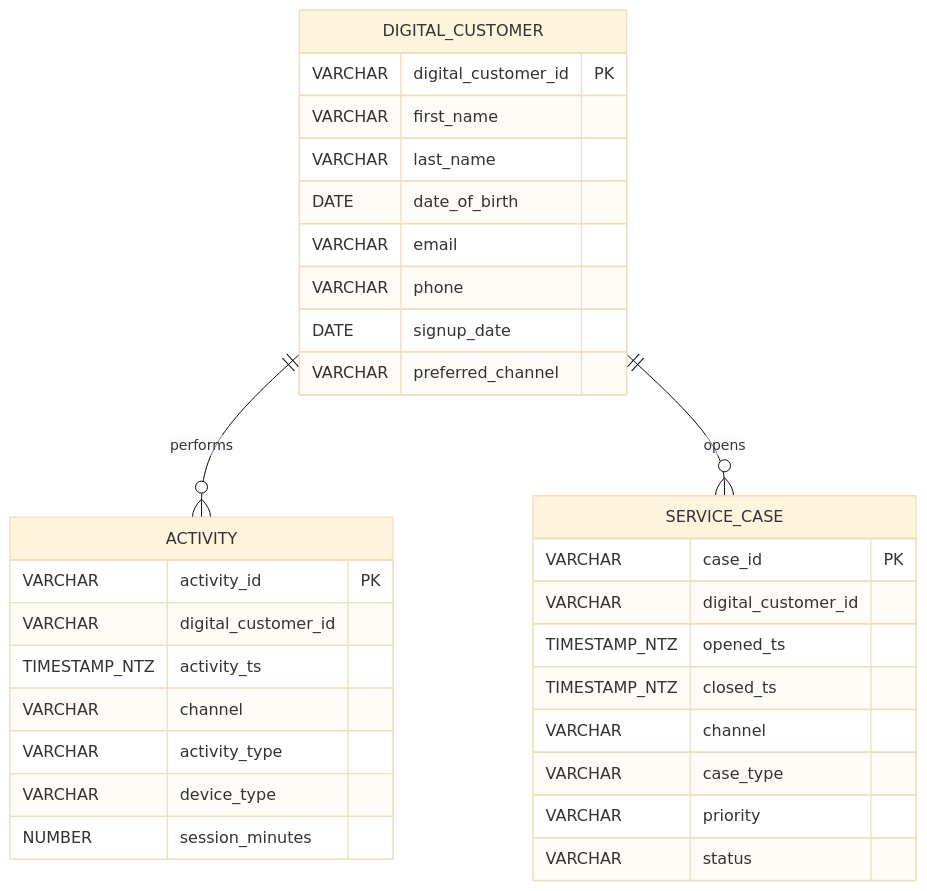
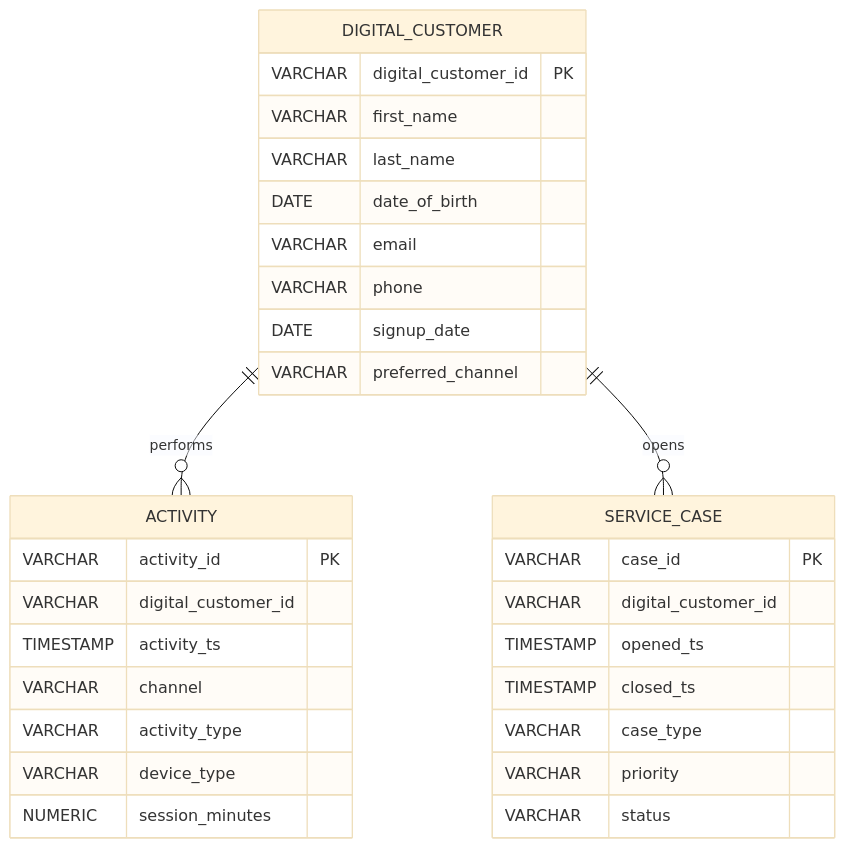
Before and after one commit to liangchenwang-1-alt/32113-a2-group5: the fourth of 4 diagrams in lab-env/advanced-database-lab/workspace/source_systems/source_er_diagram.md, drawn with Mermaid (base theme). The commit also changed other lines of this file and 11 other files, not shown here.

````diff
--- a/lab-env/advanced-database-lab/workspace/source_systems/source_er_diagram.md
+++ b/lab-env/advanced-database-lab/workspace/source_systems/source_er_diagram.md
@@ -87,34 +87,33 @@
 ```mermaid
 erDiagram
     DIGITAL_CUSTOMER {
         VARCHAR digital_customer_id PK
         VARCHAR first_name
         VARCHAR last_name
         DATE date_of_birth
         VARCHAR email
         VARCHAR phone
         DATE signup_date
         VARCHAR preferred_channel
     }
     ACTIVITY {
         VARCHAR activity_id PK
         VARCHAR digital_customer_id
-        TIMESTAMP_NTZ activity_ts
+        TIMESTAMP activity_ts
         VARCHAR channel
         VARCHAR activity_type
         VARCHAR device_type
-        NUMBER session_minutes
+        NUMERIC session_minutes
     }
     SERVICE_CASE {
         VARCHAR case_id PK
         VARCHAR digital_customer_id
-        TIMESTAMP_NTZ opened_ts
-        TIMESTAMP_NTZ closed_ts
-        VARCHAR channel
+        TIMESTAMP opened_ts
+        TIMESTAMP closed_ts
         VARCHAR case_type
         VARCHAR priority
         VARCHAR status
     }
     DIGITAL_CUSTOMER ||--o{ ACTIVITY : performs
     DIGITAL_CUSTOMER ||--o{ SERVICE_CASE : opens
 ```
````
